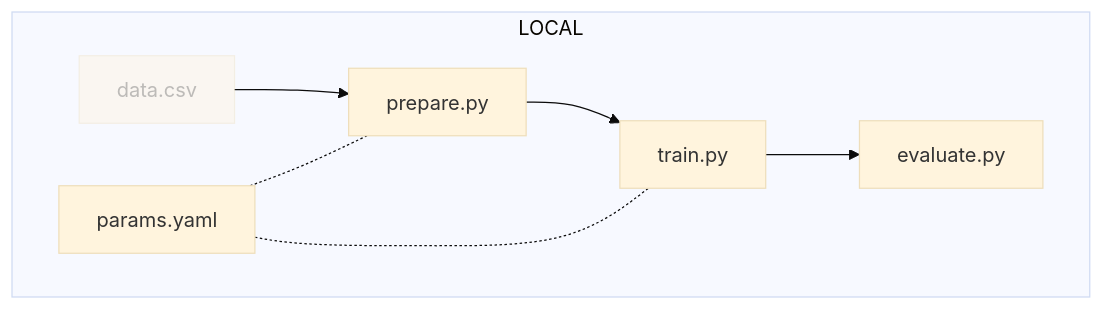
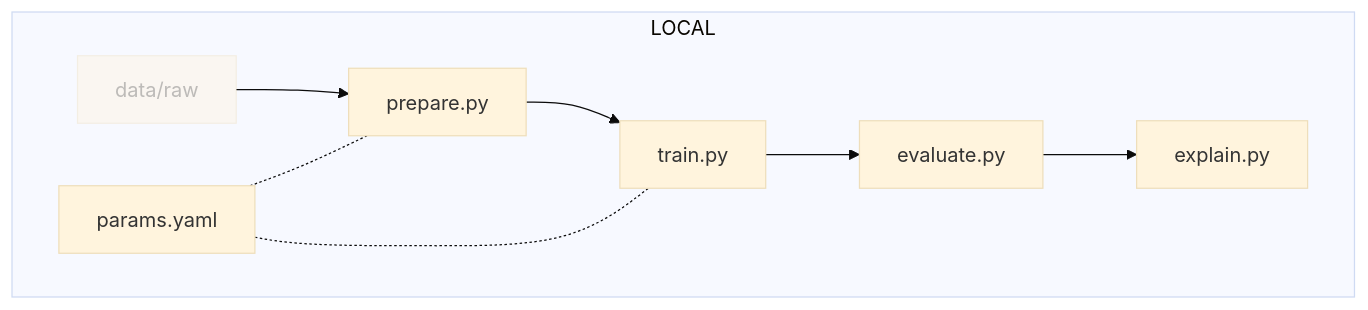
Before and after one commit to swiss-ai-center/a-guide-to-mlops: the diagram in docs/part-1-local-training-and-model-evaluation/chapter-2-adapt-and-move-the-jupyter-notebook-to-python-scripts/index.md, drawn with Mermaid (base theme). The commit also changed other lines of this file and 1 other file, not shown here.

Commit message:
Adjust graph and model name of chapter 2

````diff
--- a/docs/part-1-local-training-and-model-evaluation/chapter-2-adapt-and-move-the-jupyter-notebook-to-python-scripts/index.md
+++ b/docs/part-1-local-training-and-model-evaluation/chapter-2-adapt-and-move-the-jupyter-notebook-to-python-scripts/index.md
@@ -92,12 +92,13 @@
 ```mermaid
 flowchart
     subgraph localGraph[LOCAL]
-        data[data.csv] --> prepare
+        data[data/raw] --> prepare
         prepare[prepare.py] --> train
         train[train.py] --> evaluate
-        evaluate[evaluate.py]
+        evaluate[evaluate.py] --> explain
+        explain[explain.py]
         params[params.yaml] -.- prepare
         params -.- train
     end
     style data opacity:0.4,color:#7f7f7f80
 ```
````
